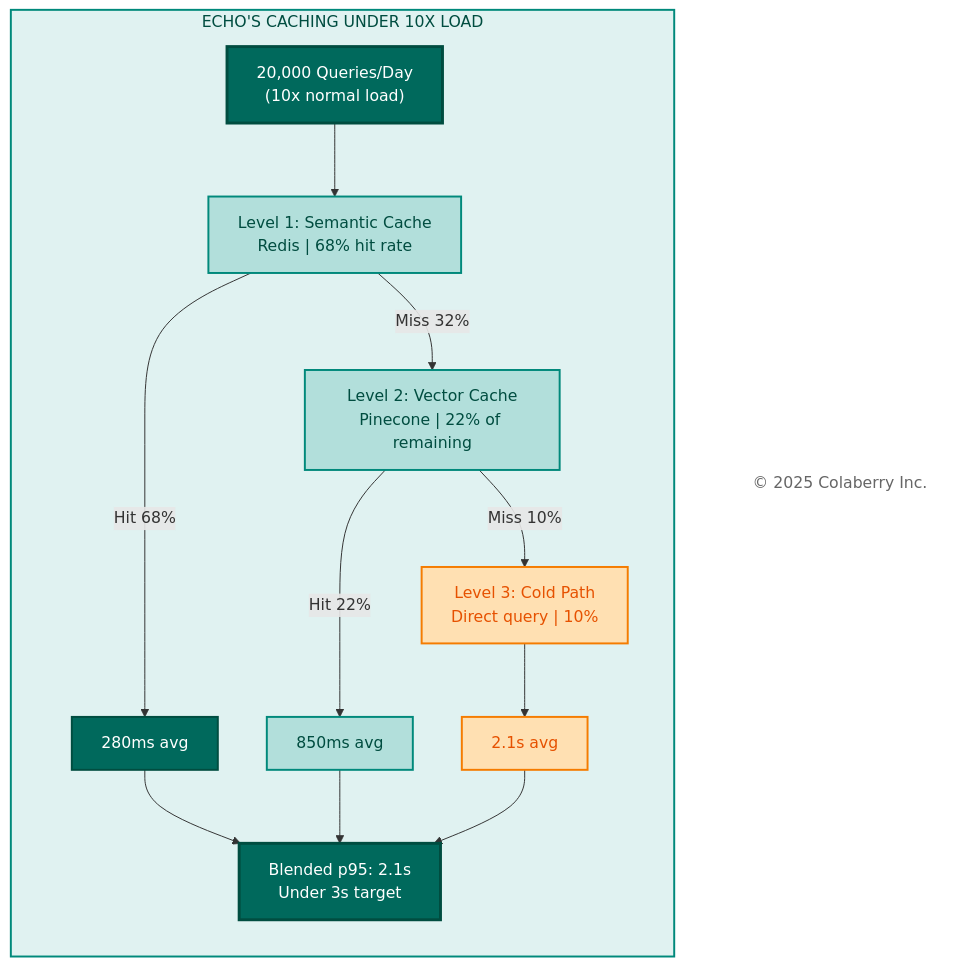
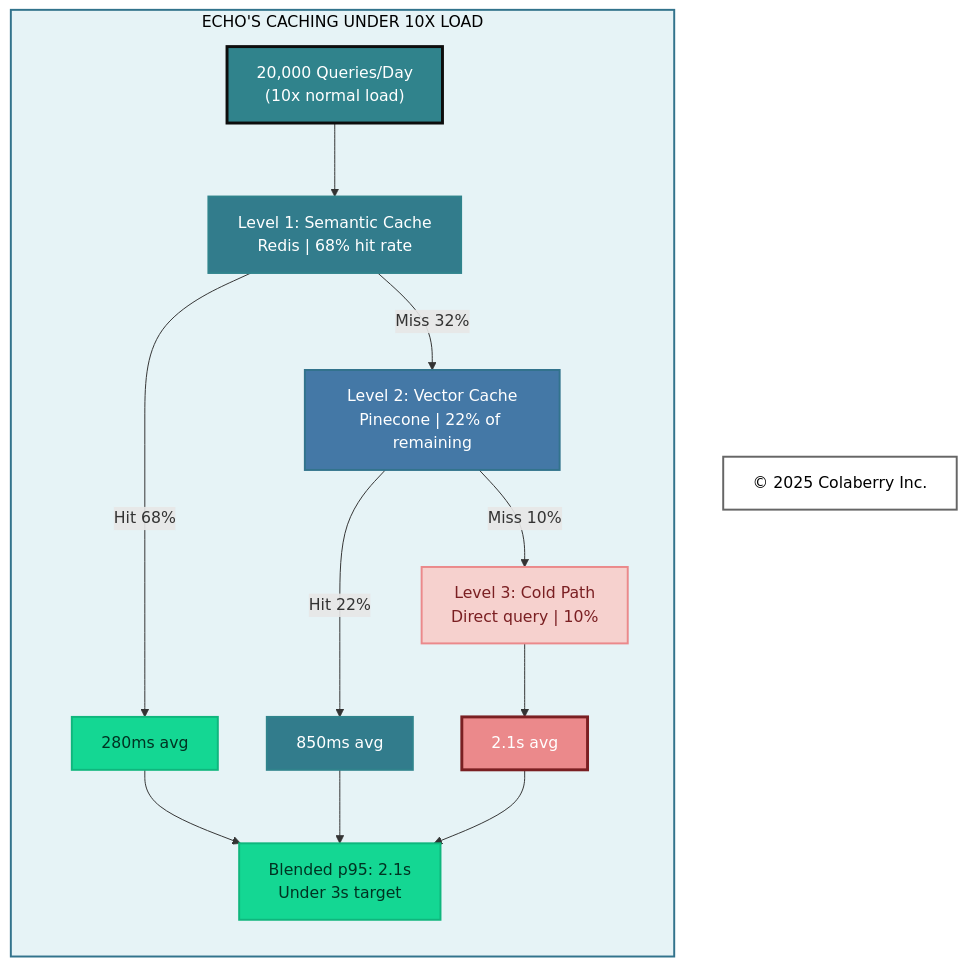
The fifth of 11 diagrams in manuscript/09_chapter_8_architecture_of_trust_in_action.md (saitejesh-cyber/trust-before-intelligence-book), drawn with Mermaid before and after one commit. The commit also changed other lines of this file, not shown here.

Commit message:
Update mermaid diagrams as per new coloberry color and contrast ratio for chapter 9

````diff
--- a/manuscript/09_chapter_8_architecture_of_trust_in_action.md
+++ b/manuscript/09_chapter_8_architecture_of_trust_in_action.md
@@ -407,42 +407,42 @@
 ```mermaid
 
 graph TB
     subgraph CACHE["ECHO'S CACHING UNDER 10X LOAD"]
         direction TB
         QUERY["20,000 Queries/Day<br/>(10x normal load)"]
         
         L1["Level 1: Semantic Cache<br/>Redis | 68% hit rate"]
         L2["Level 2: Vector Cache<br/>Pinecone | 22% of remaining"]
         L3["Level 3: Cold Path<br/>Direct query | 10%"]
         
         R1["280ms avg"]
         R2["850ms avg"]
         R3["2.1s avg"]
         
         RESULT["Blended p95: 2.1s<br/>Under 3s target"]
     end
     
     Copyright["© 2025 Colaberry Inc."]
     
     QUERY --> L1
     L1 -->|"Hit 68%"| R1
     L1 -->|"Miss 32%"| L2
     L2 -->|"Hit 22%"| R2
     L2 -->|"Miss 10%"| L3
     L3 --> R3
     R1 --> RESULT
     R2 --> RESULT
     R3 --> RESULT
     
-    style CACHE fill:#e0f2f1,stroke:#00897b,stroke-width:2px,color:#004d40
-    style QUERY fill:#00695c,color:#ffffff,stroke:#004d40,stroke-width:3px
-    style L1 fill:#b2dfdb,stroke:#00897b,stroke-width:2px,color:#004d40
-    style L2 fill:#b2dfdb,stroke:#00897b,stroke-width:2px,color:#004d40
-    style L3 fill:#ffe0b2,stroke:#f57c00,stroke-width:2px,color:#e65100
-    style R1 fill:#00695c,color:#ffffff,stroke:#004d40,stroke-width:2px
-    style R2 fill:#b2dfdb,stroke:#00897b,stroke-width:2px,color:#004d40
-    style R3 fill:#ffe0b2,stroke:#f57c00,stroke-width:2px,color:#e65100
-    style RESULT fill:#00695c,color:#ffffff,stroke:#004d40,stroke-width:3px
-    style Copyright fill:#ffffff,stroke:none,color:#666666
+    style CACHE fill:#E6F3F6,stroke:#32738C,stroke-width:2px,color:#000000
+    style QUERY fill:#30838C,stroke:#0D0D0D,stroke-width:3px,color:#ffffff
+    style L1 fill:#327C8C,stroke:#30838C,stroke-width:2px,color:#ffffff
+    style L2 fill:#4478A6,stroke:#32738C,stroke-width:2px,color:#ffffff
+    style L3 fill:#F6D1CE,stroke:#EB898B,stroke-width:2px,color:#7A1F22
+    style R1 fill:#14D793,stroke:#0FB67D,stroke-width:2px,color:#003322
+    style R2 fill:#327C8C,stroke:#30838C,stroke-width:2px,color:#ffffff
+    style R3 fill:#EB898B,stroke:#7A1F22,stroke-width:3px,color:#ffffff
+    style RESULT fill:#14D793,stroke:#0FB67D,stroke-width:2px,color:#003322
+    style Copyright fill:#ffffff,stroke:#666666,stroke-width:2px,color:#000000
 
 ```
````
